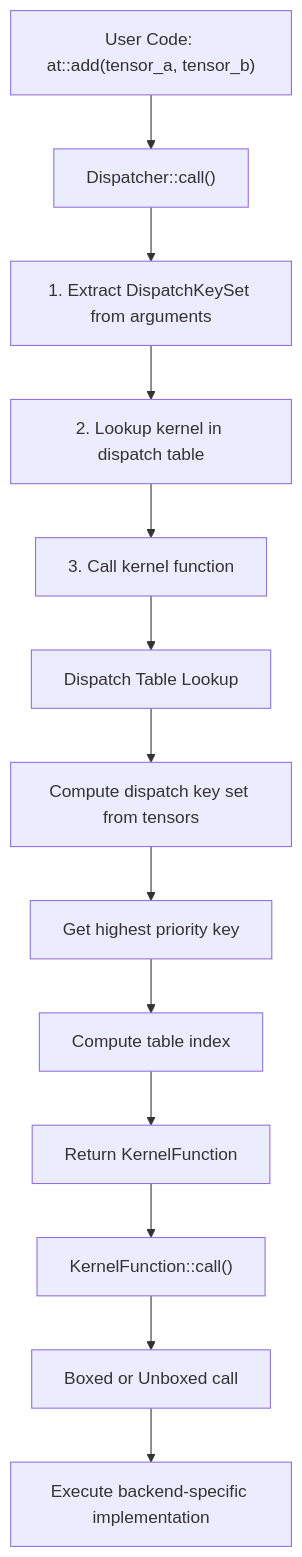
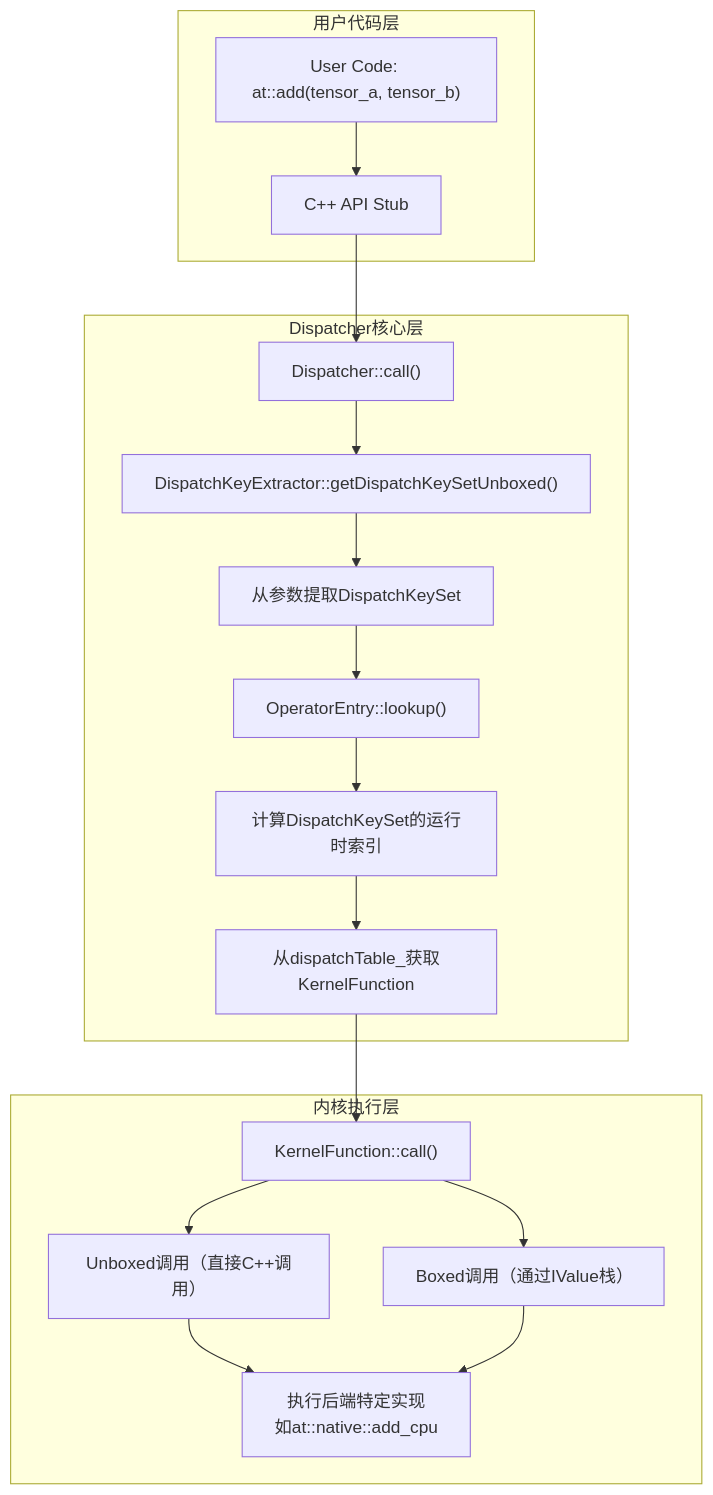
The first of 4 diagrams in torch/opencode_kimi_dispatch_system.md (s0okiym/share), drawn with Mermaid before and after one commit. The commit also changed other lines of this file and 9 other files, not shown here.

````diff
--- a/torch/opencode_kimi_dispatch_system.md
+++ b/torch/opencode_kimi_dispatch_system.md
@@ -32,15 +44,23 @@
 ```mermaid
 flowchart TD
-    A["User Code: at::add(tensor_a, tensor_b)"] --> B["Dispatcher::call()"]
-    B --> C["1. Extract DispatchKeySet from arguments"]
-    C --> D["2. Lookup kernel in dispatch table"]
-    D --> E["3. Call kernel function"]
-    E --> F["Dispatch Table Lookup"]
-    F --> G["Compute dispatch key set from tensors"]
-    G --> H["Get highest priority key"]
-    H --> I["Compute table index"]
-    I --> J["Return KernelFunction"]
-    J --> K["KernelFunction::call()"]
-    K --> L["Boxed or Unboxed call"]
-    L --> M["Execute backend-specific implementation"]
+    subgraph "用户代码层"
+        A["User Code: at::add(tensor_a, tensor_b)"] --> B["C++ API Stub"]
+    end
+
+    subgraph "Dispatcher核心层"
+        B --> C["Dispatcher::call()"]
+        C --> D["DispatchKeyExtractor::getDispatchKeySetUnboxed()"]
+        D --> E["从参数提取DispatchKeySet"]
+        E --> F["OperatorEntry::lookup()"]
+        F --> G["计算DispatchKeySet的运行时索引"]
+        G --> H["从dispatchTable_获取KernelFunction"]
+    end
+
+    subgraph "内核执行层"
+        H --> I["KernelFunction::call()"]
+        I --> J["Unboxed调用（直接C++调用）"]
+        I --> K["Boxed调用（通过IValue栈）"]
+        J --> L["执行后端特定实现<br/>如at::native::add_cpu"]
+        K --> L
+    end
 ```
````
